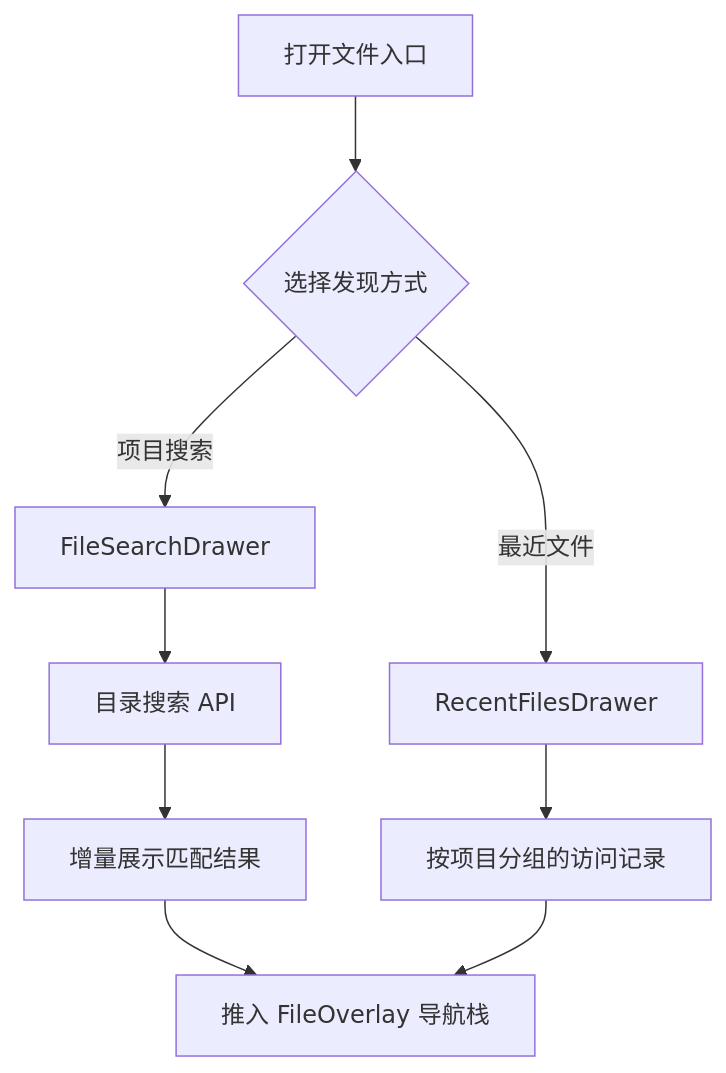
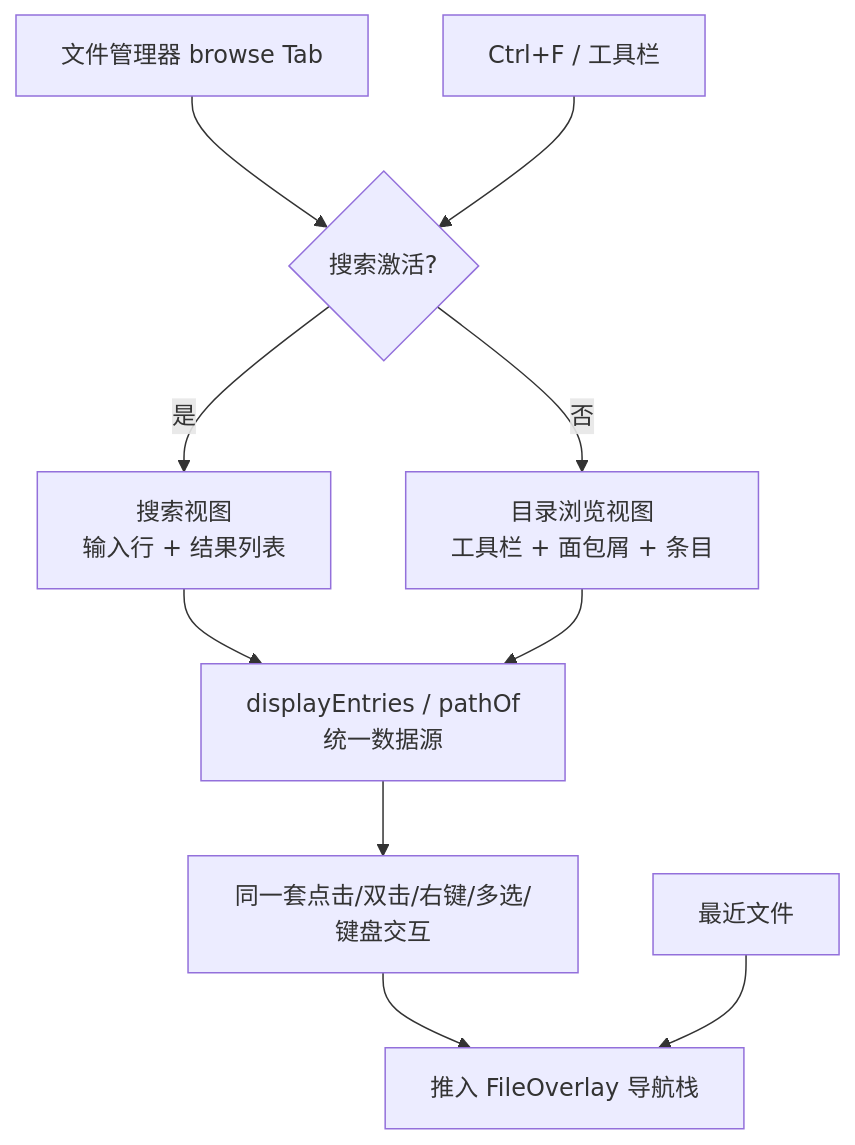
Before and after one commit to clawbench-dev/clawbench: the diagram in docs/spec/features/file-discovery.md, drawn with Mermaid. The commit also changed other lines of this file and 18 other files, not shown here.

````diff
--- a/docs/spec/features/file-discovery.md
+++ b/docs/spec/features/file-discovery.md
@@ -9,11 +9,13 @@
 ```mermaid
 flowchart TD
-    A[打开文件入口] --> B{选择发现方式}
-    B -->|项目搜索| C[FileSearchDrawer]
-    C --> D[目录搜索 API]
-    D --> E[增量展示匹配结果]
-    B -->|最近文件| F[RecentFilesDrawer]
-    F --> G[按项目分组的访问记录]
-    E --> H[推入 FileOverlay 导航栈]
-    G --> H
+    A[文件管理器 browse Tab] --> B{搜索激活?}
+    B -->|否| C[目录浏览视图<br/>工具栏 + 面包屑 + 条目]
+    B -->|是| D[搜索视图<br/>输入行 + 结果列表]
+    D --> E[displayEntries / pathOf<br/>统一数据源]
+    C --> E
+    E --> F[同一套点击/双击/右键/多选/键盘交互]
+    F --> G[推入 FileOverlay 导航栈]
+
+    H[Ctrl+F / 工具栏] --> B
+    I[最近文件] --> G
 ```
````
